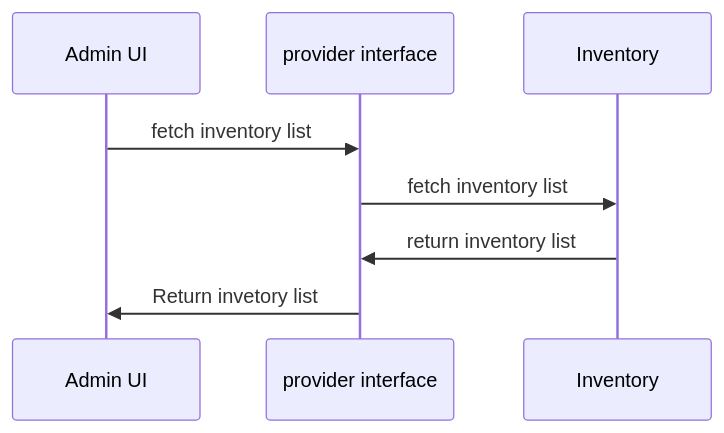
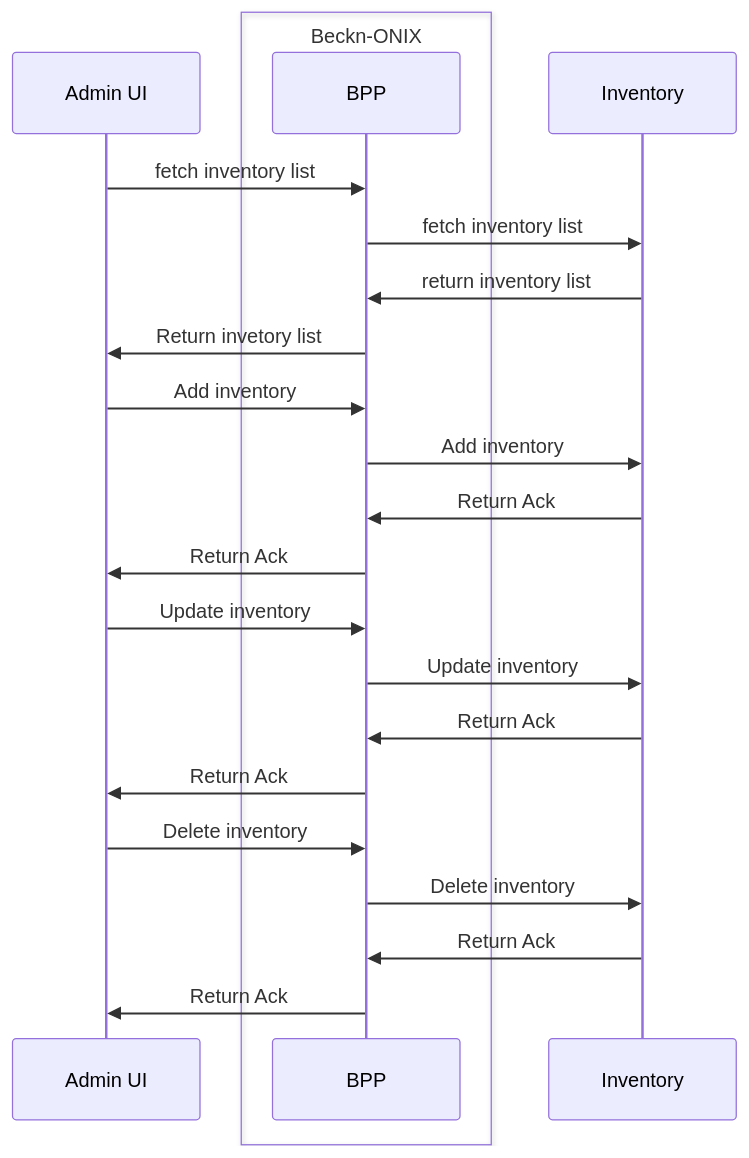
One commit to rajaneeshk90/gitbook-exp changed the third of 17 diagrams in README.md. Above: the diagram before and after it, drawn with Mermaid. The commit also changed other lines of this file, not shown here.

Commit message:
GITBOOK-7: Updated sequence diagram for all APIs

````diff
--- a/README.md
+++ b/README.md
@@ -84,8 +90,23 @@
 ```mermaid
 sequenceDiagram
-    
-Admin UI->>provider interface: fetch inventory list
-provider interface->>Inventory: fetch inventory list
-Inventory->>provider interface: return inventory list
-provider interface->>Admin UI:Return invetory list
+    participant Admin UI
+    box Beckn-ONIX
+    participant BPP
+    end
+    Admin UI->> BPP: fetch inventory list
+    BPP ->> Inventory: fetch inventory list
+    Inventory ->> BPP: return inventory list
+    BPP ->> Admin UI:Return invetory list
+    Admin UI->> BPP: Add inventory
+    BPP ->> Inventory: Add inventory
+    Inventory ->> BPP: Return Ack
+    BPP ->> Admin UI:Return Ack
+    Admin UI->> BPP: Update inventory
+    BPP ->> Inventory: Update inventory
+    Inventory ->> BPP: Return Ack
+    BPP ->> Admin UI:Return Ack
+    Admin UI->> BPP: Delete inventory
+    BPP ->> Inventory: Delete inventory
+    Inventory ->> BPP: Return Ack
+    BPP ->> Admin UI:Return Ack
 ```
````
